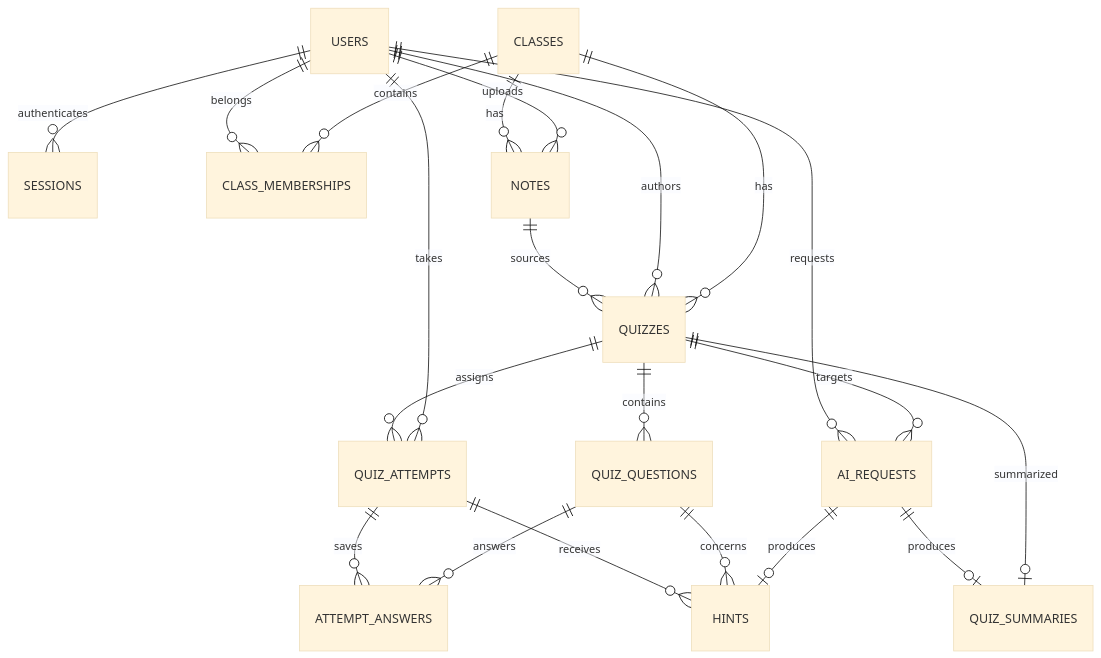
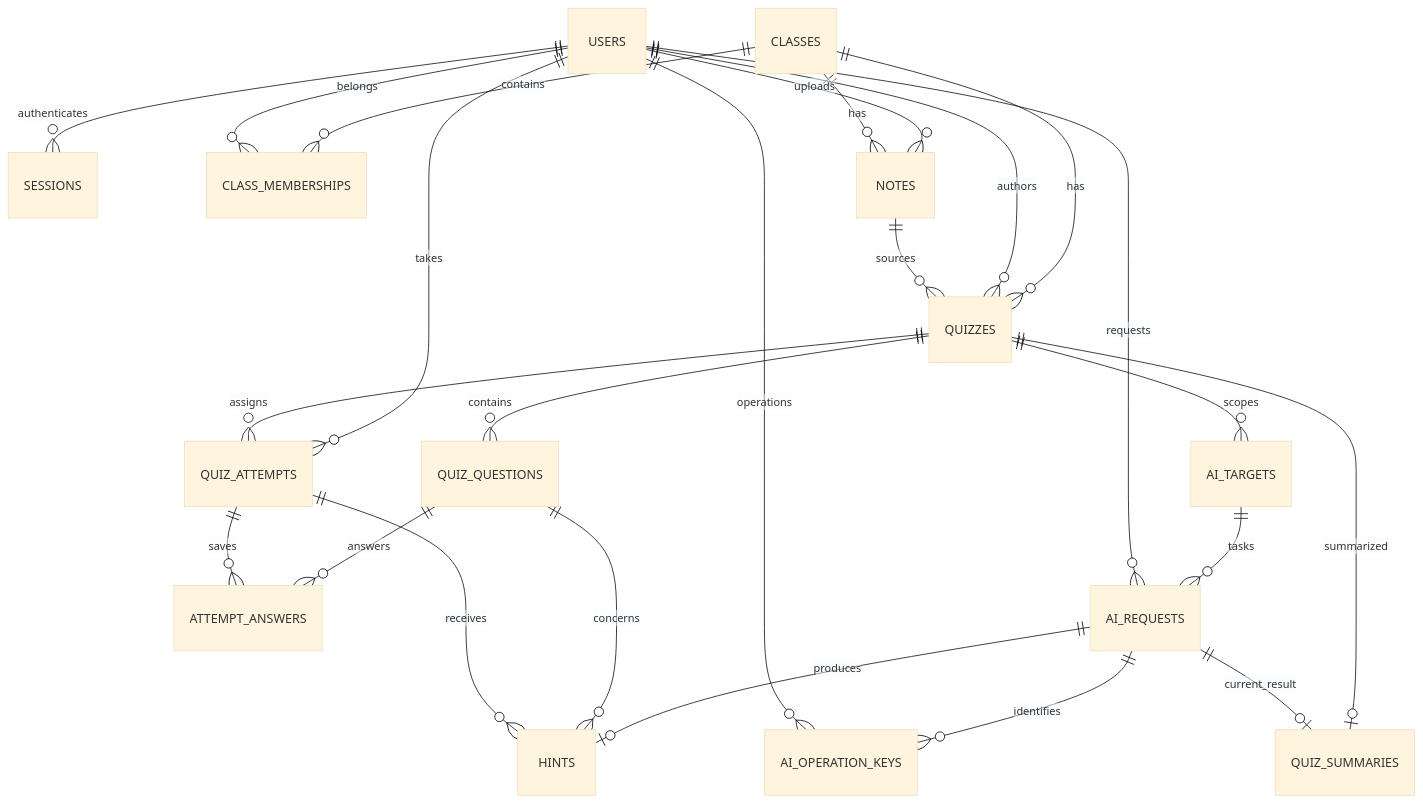
One commit to CS3227-2610-MP3-QuizIt/CS3227-2610-MP3 changed the second of 2 diagrams in specs/specification.md. Above: the diagram before and after it, drawn with Mermaid (base theme). The commit also changed other lines of this file and 3 other files, not shown here.

````diff
--- a/specs/specification.md
+++ b/specs/specification.md
@@ -103,23 +120,26 @@
 ```mermaid
 erDiagram
     USERS ||--o{ SESSIONS : authenticates
     USERS ||--o{ CLASS_MEMBERSHIPS : belongs
     CLASSES ||--o{ CLASS_MEMBERSHIPS : contains
     CLASSES ||--o{ NOTES : has
     USERS ||--o{ NOTES : uploads
     NOTES ||--o{ QUIZZES : sources
     USERS ||--o{ QUIZZES : authors
     CLASSES ||--o{ QUIZZES : has
     QUIZZES ||--o{ QUIZ_QUESTIONS : contains
     QUIZZES ||--o{ QUIZ_ATTEMPTS : assigns
     USERS ||--o{ QUIZ_ATTEMPTS : takes
     QUIZ_ATTEMPTS ||--o{ ATTEMPT_ANSWERS : saves
     QUIZ_QUESTIONS ||--o{ ATTEMPT_ANSWERS : answers
     USERS ||--o{ AI_REQUESTS : requests
-    QUIZZES ||--o{ AI_REQUESTS : targets
+    QUIZZES ||--o{ AI_TARGETS : scopes
+    AI_TARGETS ||--o{ AI_REQUESTS : tasks
+    USERS ||--o{ AI_OPERATION_KEYS : operations
+    AI_REQUESTS ||--o{ AI_OPERATION_KEYS : identifies
     QUIZ_ATTEMPTS ||--o{ HINTS : receives
     QUIZ_QUESTIONS ||--o{ HINTS : concerns
     AI_REQUESTS ||--o| HINTS : produces
-    AI_REQUESTS ||--o| QUIZ_SUMMARIES : produces
+    AI_REQUESTS ||--o| QUIZ_SUMMARIES : current_result
     QUIZZES ||--o| QUIZ_SUMMARIES : summarized
 ```
````
